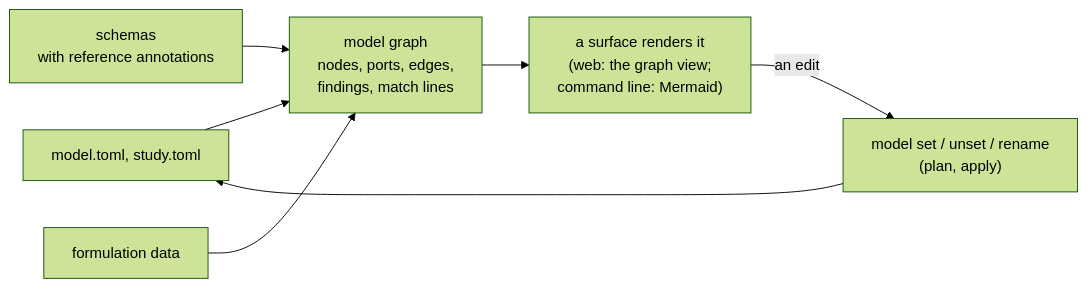
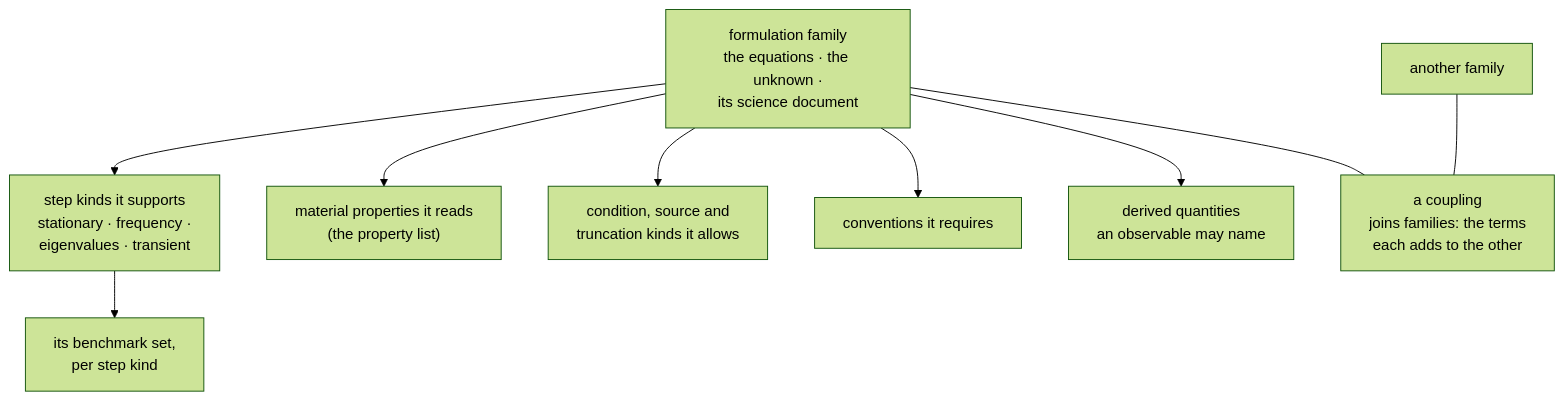
The second of 2 diagrams in docs/contracts/models.md (Qing-LAB/femkit), drawn with Mermaid (forest theme) before and after one commit. The commit also changed other lines of this file and 24 other files, not shown here.

````diff
--- a/docs/contracts/models.md
+++ b/docs/contracts/models.md
@@ -821,9 +218,12 @@
 ```mermaid
-flowchart LR
-    F["model.toml, study.toml"] --> G["model graph<br/>nodes, ports, edges,<br/>findings, match lines"]
-    S["schemas<br/>with reference annotations"] --> G
-    D["formulation data"] --> G
-    G --> W["a surface renders it<br/>(web: the graph view;<br/>command line: Mermaid)"]
-    W -->|"an edit"| E["model set / unset / rename<br/>(plan, apply)"]
-    E --> F
+flowchart TB
+    F["formulation family<br/>the equations · the unknown ·<br/>its science document"]
+    F --> K["step kinds it supports<br/>stationary · frequency ·<br/>eigenvalues · transient"]
+    F --> P["material properties it reads<br/>(the property list)"]
+    F --> C["condition, source and<br/>truncation kinds it allows"]
+    F --> V["conventions it requires"]
+    F --> D["derived quantities<br/>an observable may name"]
+    K --> B["its benchmark set,<br/>per step kind"]
+    F2["another family"] --- CP["a coupling<br/>joins families: the terms<br/>each adds to the other"]
+    F --- CP
 ```
````
